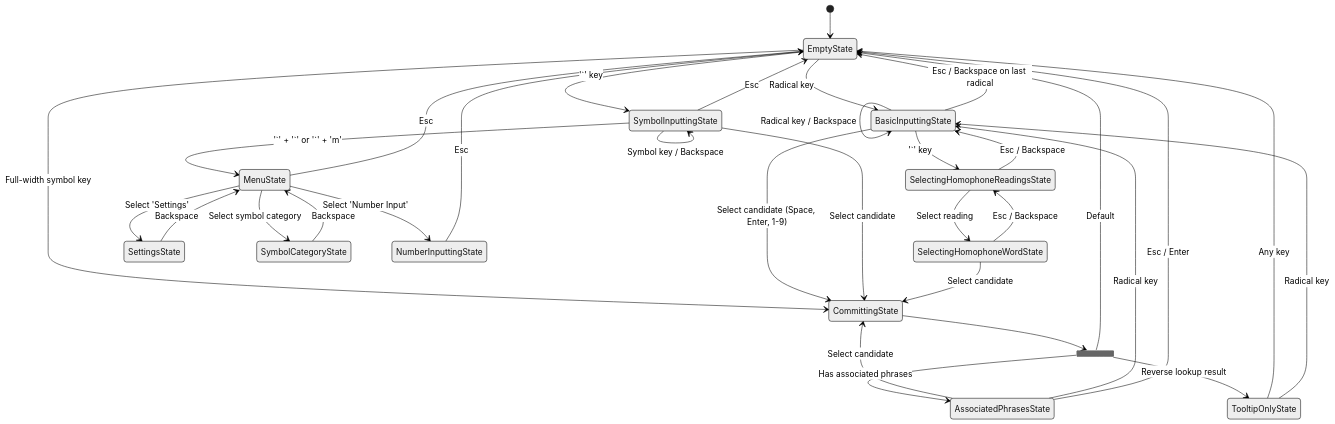
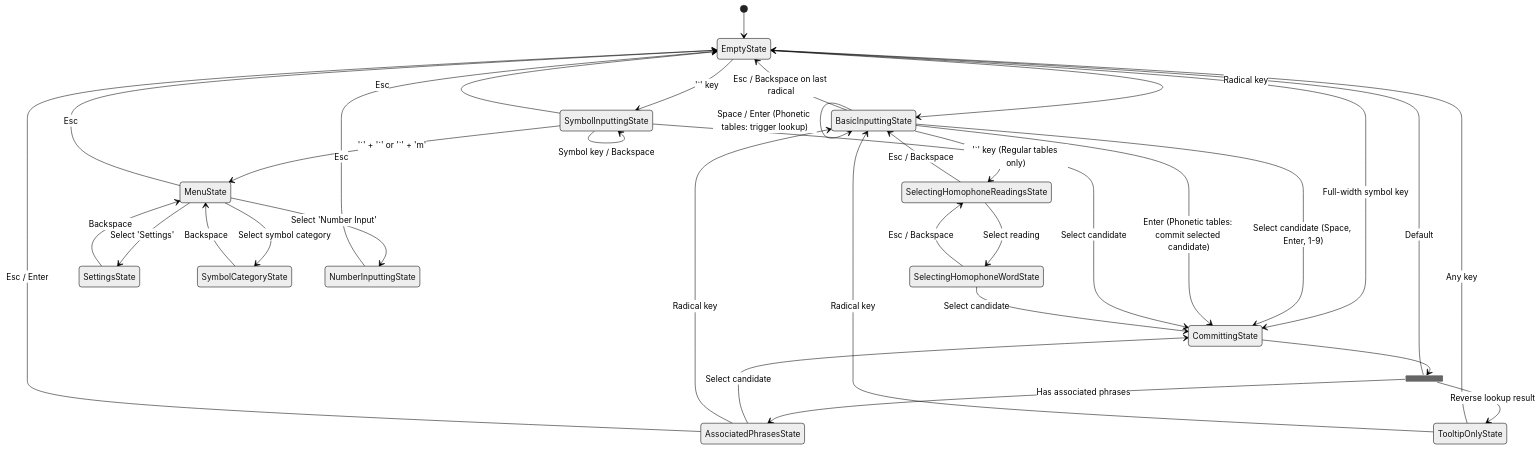
One commit to openvanilla/McTabimWeb changed the diagram in README.STATES.md. Above: the diagram before and after it, drawn with Mermaid (neutral theme). The commit also changed other lines of this file and 1 other file, not shown here.

Commit message:
docs: document input table types and their impact on `BasicInputtingState` transitions and homophone lookup behavior.

````diff
--- a/README.STATES.md
+++ b/README.STATES.md
@@ -6,47 +6,49 @@
 ```mermaid
 stateDiagram-v2
     [*] --> EmptyState
 
     state fork_state <<fork>>
     EmptyState --> BasicInputtingState: Radical key
     EmptyState --> SymbolInputtingState: '`' key
     EmptyState --> CommittingState: Full-width symbol key
 
     BasicInputtingState --> BasicInputtingState: Radical key / Backspace
     BasicInputtingState --> CommittingState: Select candidate (Space, Enter, 1-9)
     BasicInputtingState --> EmptyState: Esc / Backspace on last radical
-    BasicInputtingState --> SelectingHomophoneReadingsState: '`' key
+    BasicInputtingState --> SelectingHomophoneReadingsState: '`' key (Regular tables only)
+    BasicInputtingState --> BasicInputtingState: Space / Enter (Phonetic tables: trigger lookup)
+    BasicInputtingState --> CommittingState: Enter (Phonetic tables: commit selected candidate)
 
     SymbolInputtingState --> SymbolInputtingState: Symbol key / Backspace
     SymbolInputtingState --> CommittingState: Select candidate
     SymbolInputtingState --> MenuState: '`' + '`' or '`' + 'm'
     SymbolInputtingState --> EmptyState: Esc
 
     SelectingHomophoneReadingsState --> SelectingHomophoneWordState: Select reading
     SelectingHomophoneReadingsState --> BasicInputtingState: Esc / Backspace
 
     SelectingHomophoneWordState --> CommittingState: Select candidate
     SelectingHomophoneWordState --> SelectingHomophoneReadingsState: Esc / Backspace
 
     MenuState --> SettingsState: Select 'Settings'
     MenuState --> SymbolCategoryState: Select symbol category
     MenuState --> NumberInputtingState: Select 'Number Input'
     MenuState --> EmptyState: Esc
 
     SettingsState --> MenuState: Backspace
     SymbolCategoryState --> MenuState: Backspace
     NumberInputtingState --> EmptyState: Esc
 
     CommittingState --> fork_state
 
     fork_state --> AssociatedPhrasesState: Has associated phrases
     fork_state --> TooltipOnlyState: Reverse lookup result
     fork_state --> EmptyState: Default
 
     AssociatedPhrasesState --> CommittingState: Select candidate
     AssociatedPhrasesState --> BasicInputtingState: Radical key
     AssociatedPhrasesState --> EmptyState: Esc / Enter
 
     TooltipOnlyState --> EmptyState: Any key
     TooltipOnlyState --> BasicInputtingState: Radical key
 ```
````
